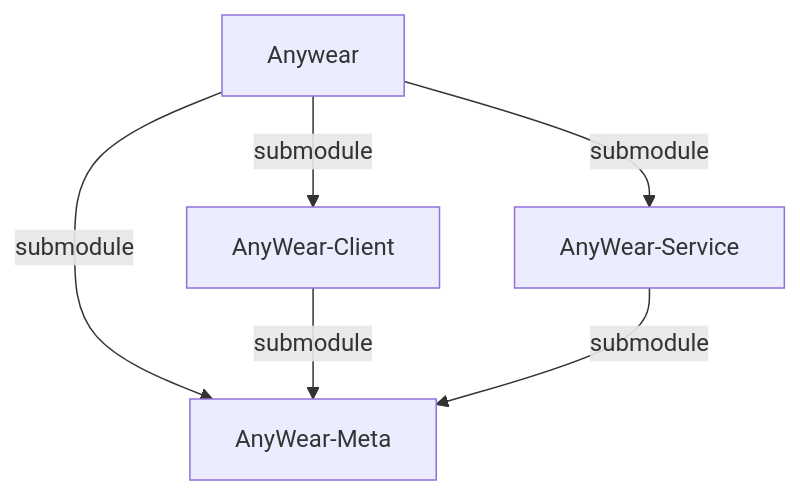
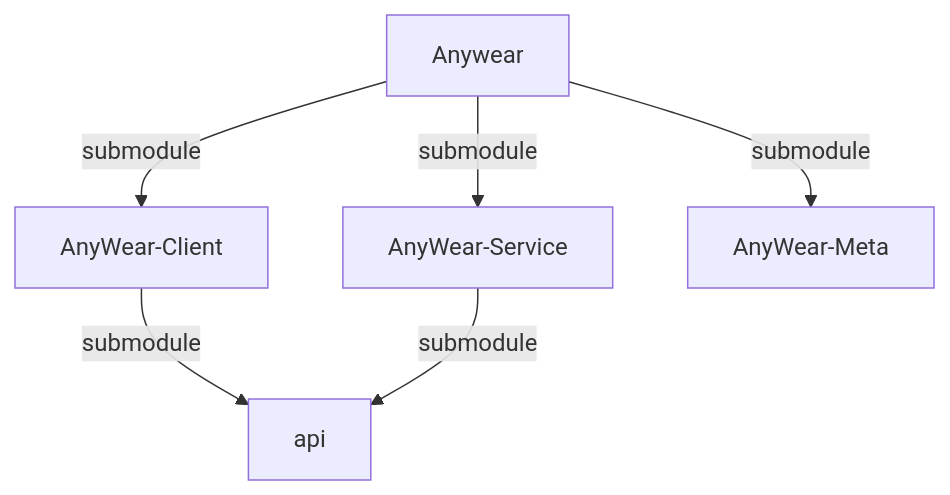
One commit to git-malu/AnyWear-E2E changed the diagram in AGENTS.md. Above: the diagram before and after it, drawn with Mermaid. The commit also changed other lines of this file, not shown here.

Commit message:
Updated submodule AnyWear-Service

````diff
--- a/AGENTS.md
+++ b/AGENTS.md
@@ -28,8 +28,8 @@
 ```mermaid
 graph TD
     Anywear --> |submodule| AnyWear-Client 
     Anywear --> |submodule| AnyWear-Service
     Anywear --> |submodule| AnyWear-Meta
-    AnyWear-Client --> |submodule| AnyWear-Meta
-    AnyWear-Service --> |submodule| AnyWear-Meta
+    AnyWear-Client --> |submodule| api
+    AnyWear-Service --> |submodule| api
 ```
````
